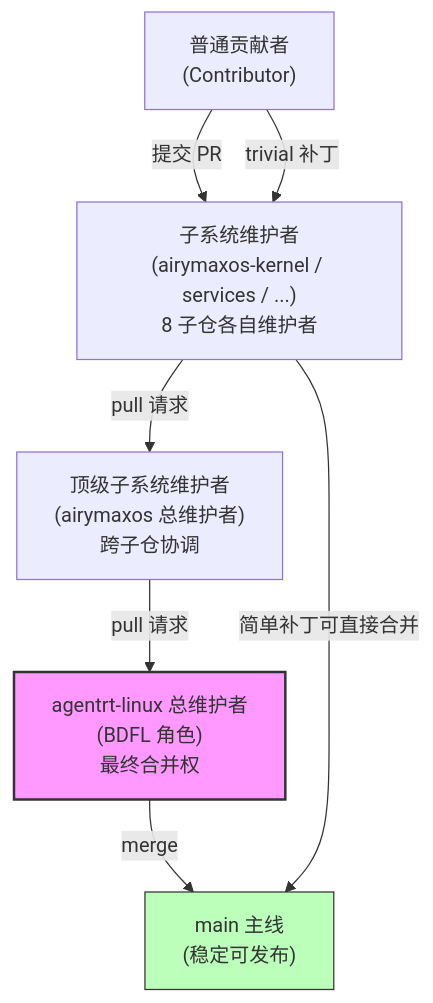
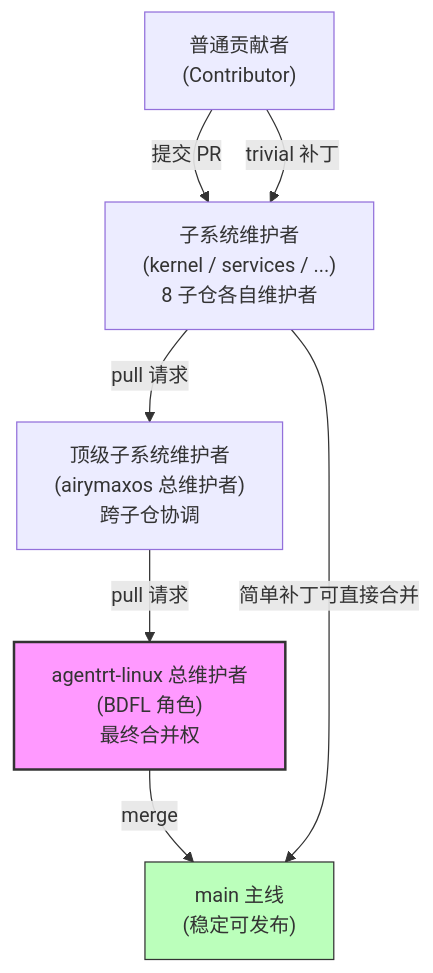
Before and after one commit to SpharxTeam/Docs: the diagram in AirymaxOS/50-engineering-standards/07-maintainers-and-governance.md, drawn with Mermaid. The commit also changed other lines of this file and 217 other files, not shown here.

````diff
--- a/AirymaxOS/50-engineering-standards/07-maintainers-and-governance.md
+++ b/AirymaxOS/50-engineering-standards/07-maintainers-and-governance.md
@@ -336,11 +336,11 @@
 ```mermaid
 graph TD
-    A["普通贡献者<br/>(Contributor)"] -->|提交 PR| B["子系统维护者<br/>(airymaxos-kernel / services / ...)<br/>8 子仓各自维护者"]
+    A["普通贡献者<br/>(Contributor)"] -->|提交 PR| B["子系统维护者<br/>(kernel / services / ...)<br/>8 子仓各自维护者"]
     B -->|pull 请求| C["顶级子系统维护者<br/>(airymaxos 总维护者)<br/>跨子仓协调"]
     C -->|pull 请求| D["agentrt-linux 总维护者<br/>(BDFL 角色)<br/>最终合并权"]
     D -->|merge| E["main 主线<br/>(稳定可发布)"]
     B -->|简单补丁可直接合并| E
     A -->| trivial 补丁| B
     style D fill:#f9f,stroke:#333,stroke-width:2px
     style E fill:#bfb,stroke:#333
 ```
````
